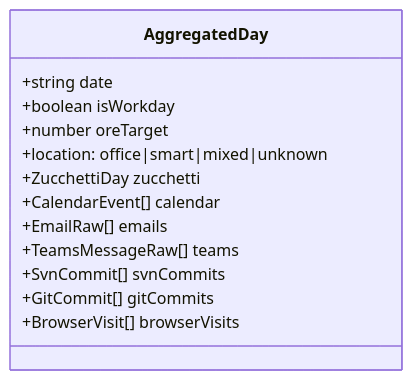
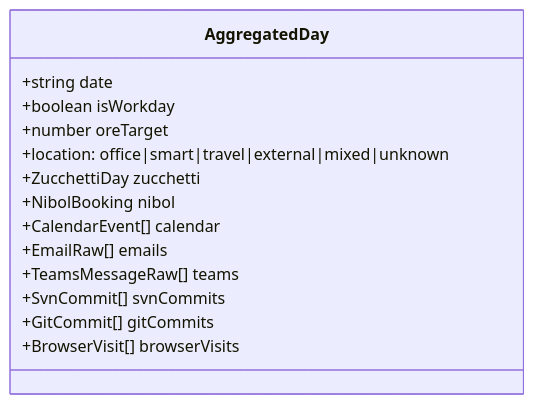
One commit to shinjigi/my_ms_graph_api_collector changed the third of 8 diagrams in FUNCTIONAL.md. Above: the diagram before and after it, drawn with Mermaid. The commit also changed other lines of this file and 12 other files, not shown here.

````diff
--- a/FUNCTIONAL.md
+++ b/FUNCTIONAL.md
@@ -106,16 +106,17 @@
 ```mermaid
 classDiagram
     class AggregatedDay {
         +string date
         +boolean isWorkday
         +number oreTarget
-        +location: office|smart|mixed|unknown
+        +location: office|smart|travel|external|mixed|unknown
         +ZucchettiDay zucchetti
+        +NibolBooking nibol
         +CalendarEvent[] calendar
         +EmailRaw[] emails
         +TeamsMessageRaw[] teams
         +SvnCommit[] svnCommits
         +GitCommit[] gitCommits
         +BrowserVisit[] browserVisits
     }
 ```
````
